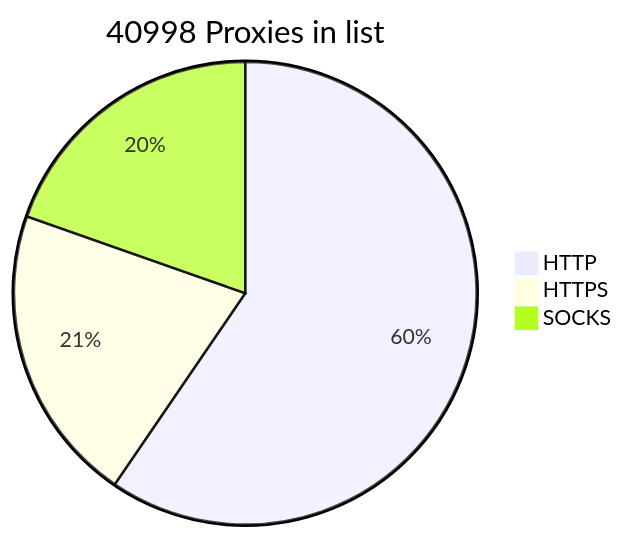
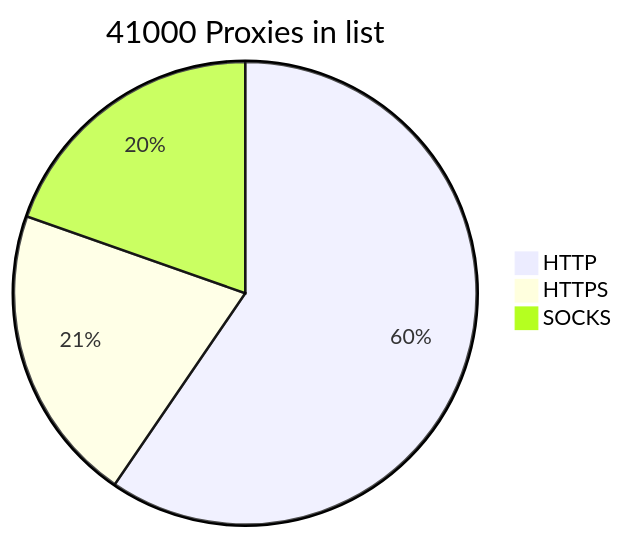
The diagram in README.md (BlackSnowDot/proxylist-update-every-minute), drawn with Mermaid before and after one commit.

````diff
--- a/README.md
+++ b/README.md
@@ -2,6 +2,6 @@
 ```mermaid
-pie title 40998 Proxies in list
-    "HTTP" : 28383
+pie title 41000 Proxies in list
+    "HTTP" : 28385
     "HTTPS": 9941
     "SOCKS" : 9352
 ```
````
